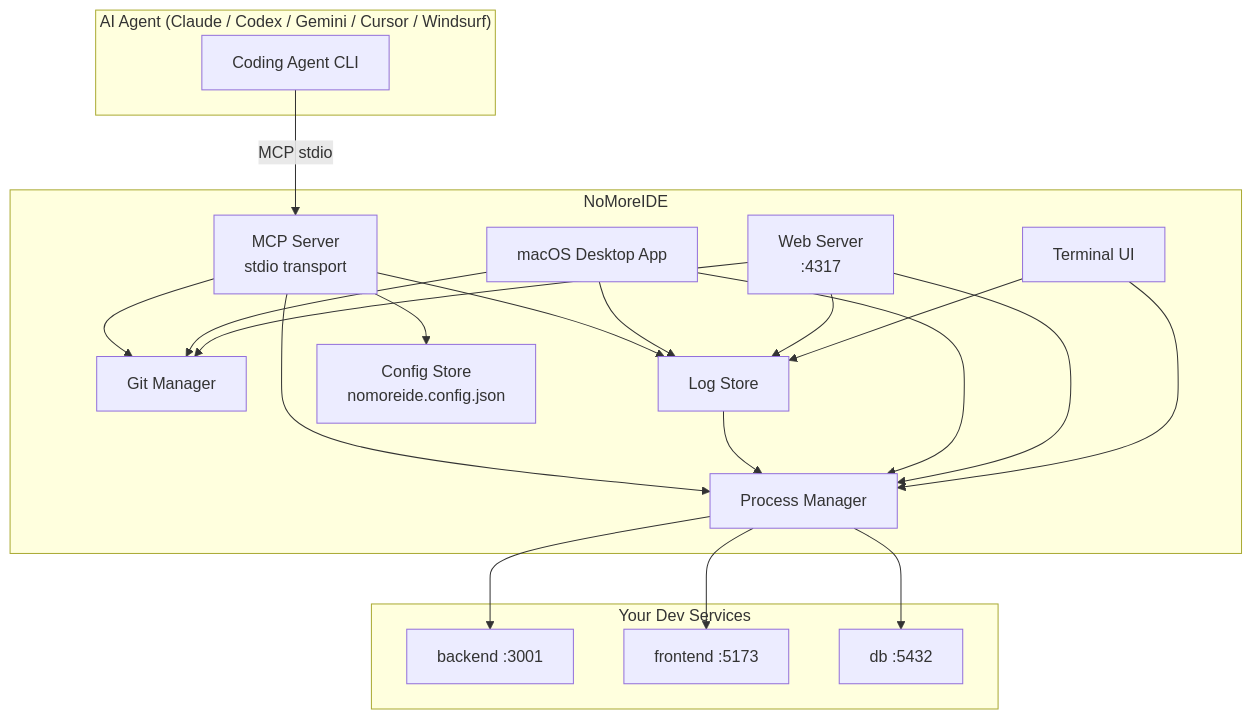
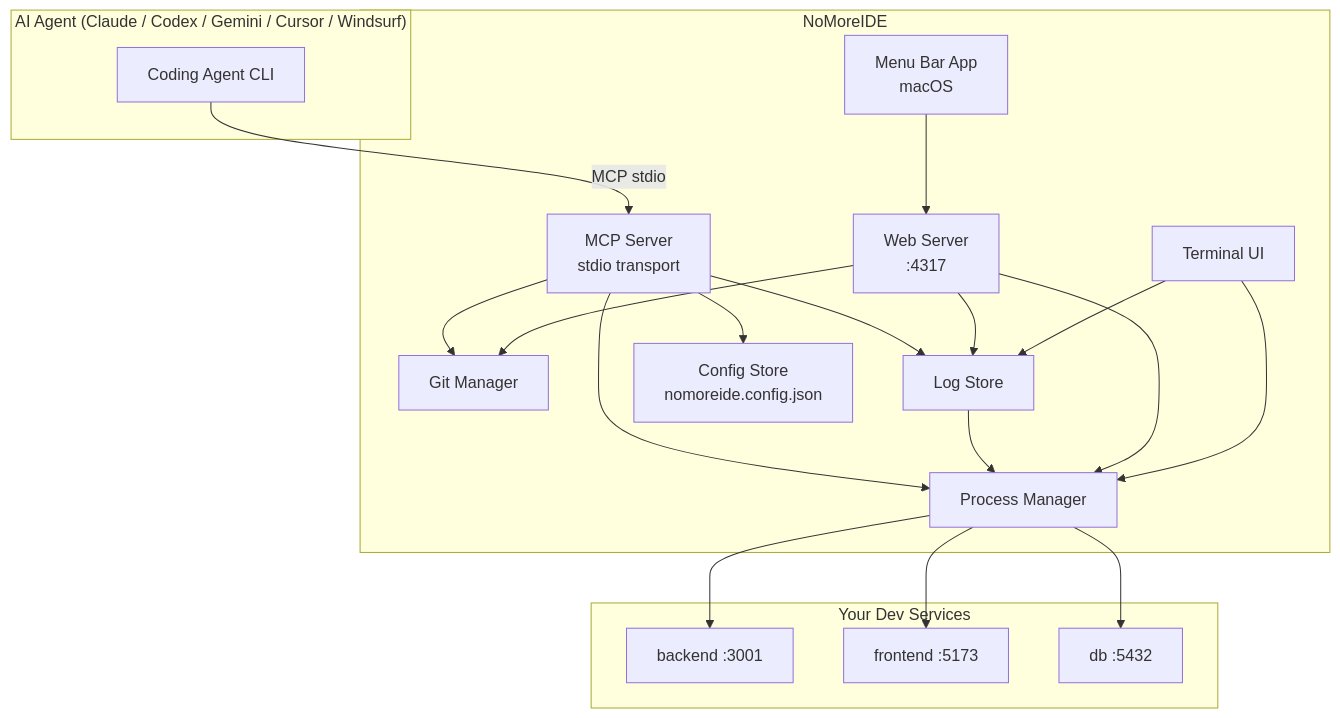
Before and after one commit to Rorogogogo/nomoreide: the diagram in README.md, drawn with Mermaid. The commit also changed other lines of this file and 97 other files, not shown here.

First line of the commit message:
feat: replace the Tauri desktop app with a macOS menu bar app (#305)

````diff
--- a/README.md
+++ b/README.md
@@ -310,41 +302,39 @@
 ```mermaid
 graph TD
     subgraph Agent["AI Agent (Claude / Codex / Gemini / Cursor / Windsurf)"]
         A[Coding Agent CLI]
     end
 
     subgraph NoMoreIDE
         MCP[MCP Server<br/>stdio transport]
         PM[Process Manager]
         GM[Git Manager]
         LS[Log Store]
         CS[Config Store<br/>nomoreide.config.json]
-        Desktop[macOS Desktop App]
+        MB[Menu Bar App<br/>macOS]
         WS[Web Server<br/>:4317]
         TUI[Terminal UI]
     end
 
     subgraph Services["Your Dev Services"]
         S1[backend :3001]
         S2[frontend :5173]
         S3[db :5432]
     end
 
     A -- MCP stdio --> MCP
     MCP --> PM
     MCP --> GM
     MCP --> LS
     MCP --> CS
     PM --> S1
     PM --> S2
     PM --> S3
     LS --> PM
-    Desktop --> PM
-    Desktop --> GM
-    Desktop --> LS
+    MB --> WS
     WS --> PM
     WS --> GM
     WS --> LS
     TUI --> PM
     TUI --> LS
 ```
````
